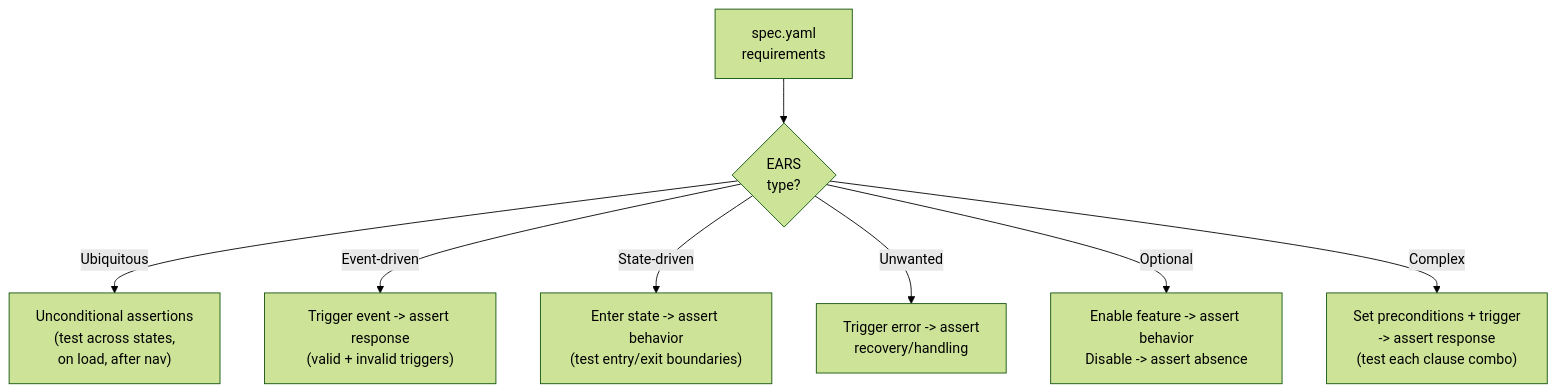
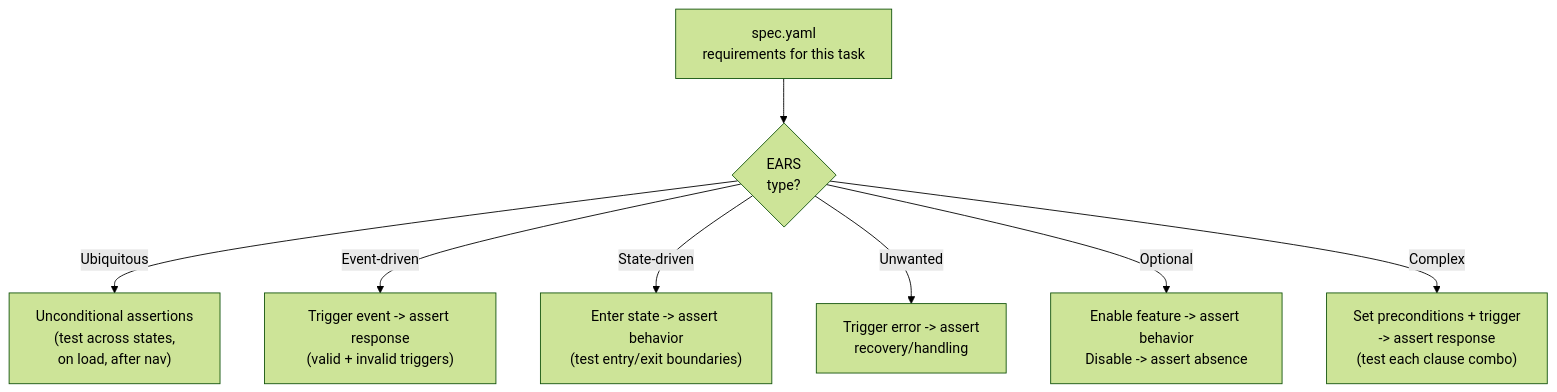
The diagram in skills/needs-tests/SKILL.md (provenimpact/proven-capability), drawn with Mermaid (forest theme) before and after one commit. The commit also changed other lines of this file and 7 other files, not shown here.

````diff
--- a/skills/needs-tests/SKILL.md
+++ b/skills/needs-tests/SKILL.md
@@ -93,11 +106,11 @@
 ```mermaid
 flowchart TD
-    SPEC["spec.yaml<br/>requirements"] --> TYPE{"EARS<br/>type?"}
+    SPEC["spec.yaml<br/>requirements for this task"] --> TYPE{"EARS<br/>type?"}
 
     TYPE -->|Ubiquitous| T1["Unconditional assertions<br/>(test across states,<br/>on load, after nav)"]
     TYPE -->|Event-driven| T2["Trigger event -> assert response<br/>(valid + invalid triggers)"]
     TYPE -->|State-driven| T3["Enter state -> assert behavior<br/>(test entry/exit boundaries)"]
     TYPE -->|Unwanted| T4["Trigger error -> assert<br/>recovery/handling"]
     TYPE -->|Optional| T5["Enable feature -> assert behavior<br/>Disable -> assert absence"]
     TYPE -->|Complex| T6["Set preconditions + trigger<br/>-> assert response<br/>(test each clause combo)"]
 ```
````
